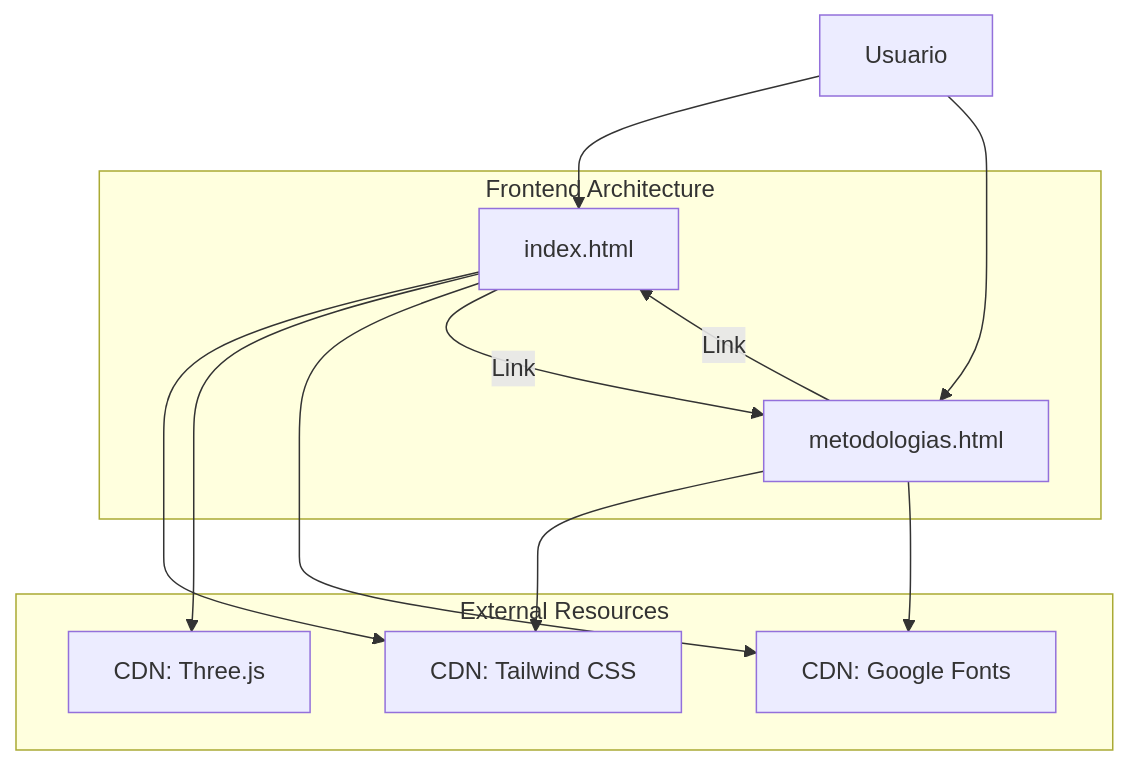
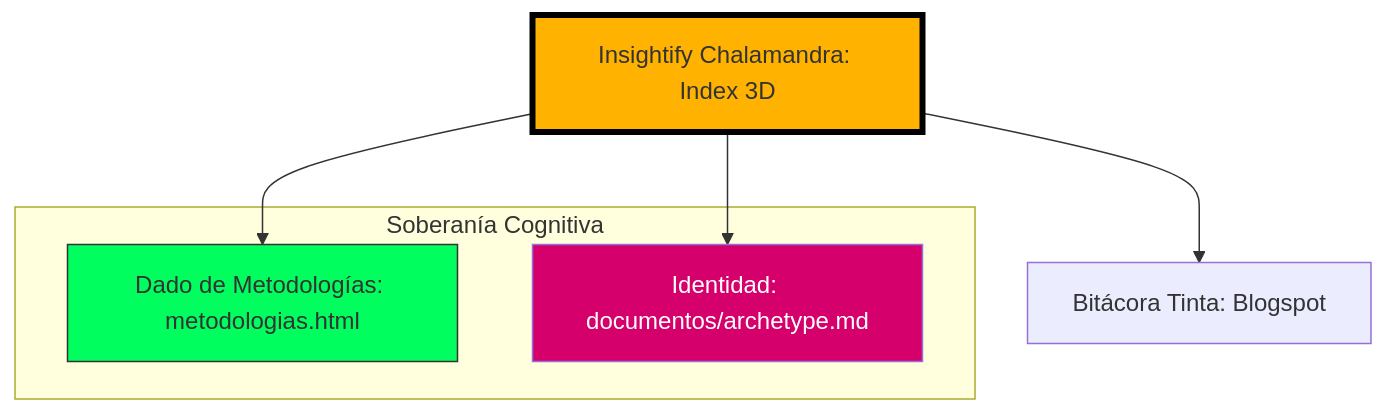
Before and after one commit to Chalamandra-Magistral-DecoX/CHALAMANDRA-MAGISTRAL: the diagram in README.md, drawn with Mermaid. The commit also changed other lines of this file and 2 other files, not shown here.

First line of the commit message:
Maintenance: Cleanup, Rename docs to documentos, and Update README

````diff
--- a/README.md
+++ b/README.md
@@ -11,21 +13,15 @@
 ```mermaid
 graph TD
-    User[Usuario] --> Index[index.html]
-    User --> Metodos[metodologias.html]
-    Index --> Tailwind[CDN: Tailwind CSS]
-    Index --> Three[CDN: Three.js]
-    Index --> Fonts[CDN: Google Fonts]
-    Metodos --> Tailwind
-    Metodos --> Fonts
-    Index -->|Link| Metodos
-    Metodos -->|Link| Index
-    subgraph "Frontend Architecture"
-        Index
-        Metodos
+    Main[Insightify Chalamandra: Index 3D] --> Dice[Dado de Metodologías: metodologias.html]
+    Main --> Identity[Identidad: documentos/archetype.md]
+    Main --> Blog[Bitácora Tinta: Blogspot]
+
+    subgraph "Soberanía Cognitiva"
+    Identity
+    Dice
     end
-    subgraph "External Resources"
-        Tailwind
-        Three
-        Fonts
-    end
+
+    style Main fill:#FFB300,stroke:#000,stroke-width:4px
+    style Identity fill:#D5006C,color:#fff
+    style Dice fill:#00FF5E,stroke:#333
 ```
````
